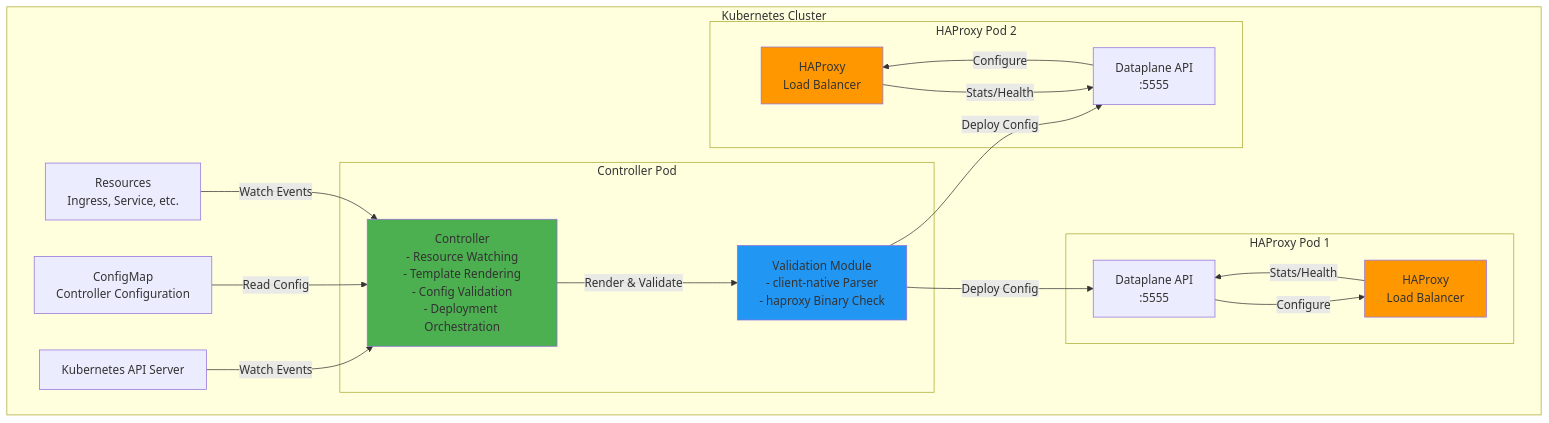
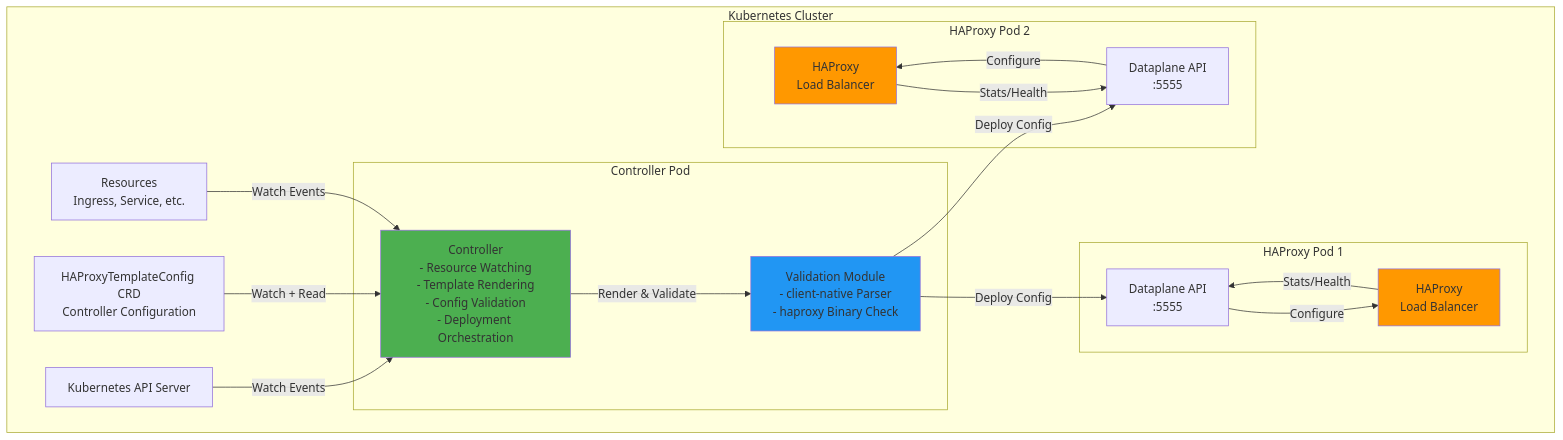
The first of 3 diagrams in docs/controller/docs/development/design/architecture-overview.md (HAProxy-Template-IC/haproxy-template-ingress-controller), drawn with Mermaid before and after one commit. The commit also changed other lines of this file and 71 other files, not shown here.

Commit message:
docs: fix drift and align with current CRD, metrics, and chart defaults

````diff
--- a/docs/controller/docs/development/design/architecture-overview.md
+++ b/docs/controller/docs/development/design/architecture-overview.md
@@ -40,40 +40,40 @@
 ```mermaid
 graph TB
     subgraph "Kubernetes Cluster"
         K8S[Kubernetes API Server]
 
         subgraph "Controller Pod"
             CTRL[Controller<br/>- Resource Watching<br/>- Template Rendering<br/>- Config Validation<br/>- Deployment Orchestration]
             VAL[Validation Module<br/>- client-native Parser<br/>- haproxy Binary Check]
         end
 
         subgraph "HAProxy Pod 1"
             HAP1[HAProxy<br/>Load Balancer]
             DP1[Dataplane API<br/>:5555]
         end
 
         subgraph "HAProxy Pod 2"
             HAP2[HAProxy<br/>Load Balancer]
             DP2[Dataplane API<br/>:5555]
         end
 
-        CONFIG[ConfigMap<br/>Controller Configuration]
+        CONFIG[HAProxyTemplateConfig CRD<br/>Controller Configuration]
         RES[Resources<br/>Ingress, Service, etc.]
     end
 
     K8S -->|Watch Events| CTRL
-    CONFIG -->|Read Config| CTRL
+    CONFIG -->|Watch + Read| CTRL
     RES -->|Watch Events| CTRL
     CTRL -->|Render & Validate| VAL
     VAL -->|Deploy Config| DP1
     VAL -->|Deploy Config| DP2
     DP1 -->|Configure| HAP1
     DP2 -->|Configure| HAP2
     HAP1 -->|Stats/Health| DP1
     HAP2 -->|Stats/Health| DP2
 
     style CTRL fill:#4CAF50
     style VAL fill:#2196F3
     style HAP1 fill:#FF9800
     style HAP2 fill:#FF9800
 ```
````
